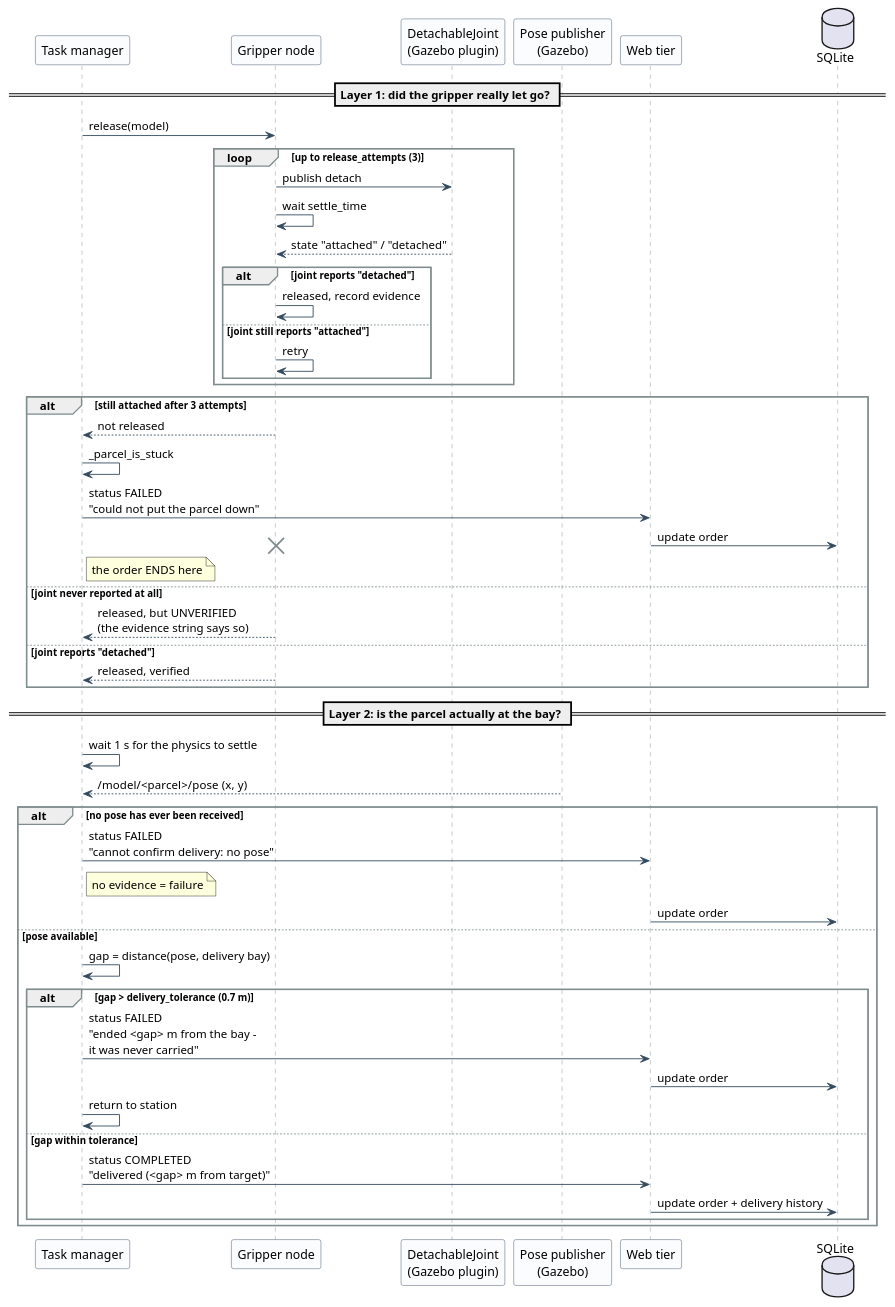
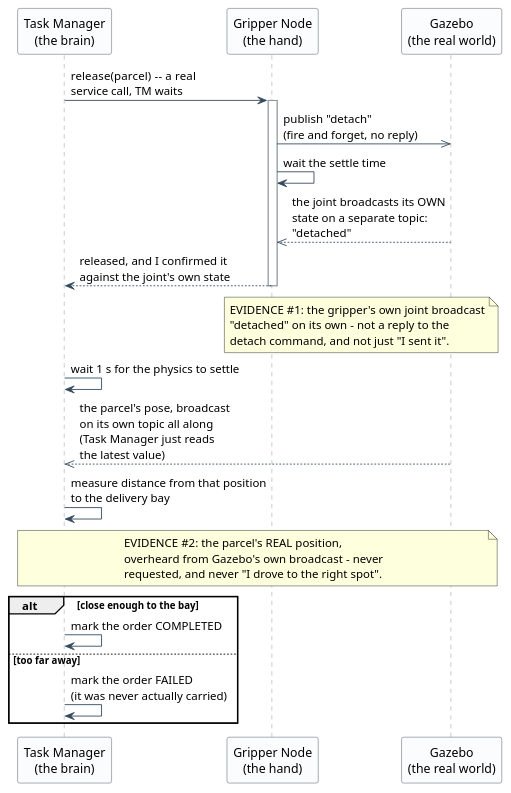
One commit to ArianShafagh/robofetch changed the diagram in report/uml/10-sequence-verification.puml. Above: the diagram before and after it, drawn with PlantUML. The commit also changed other lines of this file and 20 other files, not shown here.

First line of the commit message:
Add simplified UML diagram for order admission process and script to toggle AI service

```diff
--- a/report/uml/10-sequence-verification.puml
+++ b/report/uml/10-sequence-verification.puml
@@ -9,66 +24,44 @@
 @startuml
 skinparam backgroundColor White
 skinparam shadowing false
 skinparam sequence {
   ArrowColor #34495E
   LifeLineBorderColor #7F8C8D
   ParticipantBorderColor #34495E
   ParticipantBackgroundColor #FBFCFE
-  GroupBorderColor #7F8C8D
 }
 
+participant "Task Manager\n(the brain)" as TM
+participant "Gripper Node\n(the hand)" as GR
+participant "Gazebo\n(the real world)" as GZ
 
-participant "Task manager" as TM
-participant "Gripper node" as GR
-participant "DetachableJoint\n(Gazebo plugin)" as JOINT
-participant "Pose publisher\n(Gazebo)" as POSE
-participant "Web tier" as API
-database "SQLite" as DB
+TM -> GR ++ : release(parcel)  -- a real\nservice call, TM waits
+GR ->> GZ : publish "detach"\n(fire and forget, no reply)
+GR -> GR : wait the settle time
+GZ -->> GR : the joint broadcasts its OWN\nstate on a separate topic:\n"detached"
+GR --> TM -- : released, and I confirmed it\nagainst the joint's own state
 
-== Layer 1: did the gripper really let go? ==
-TM -> GR : release(model)
-loop up to release_attempts (3)
-  GR -> JOINT : publish detach
-  GR -> GR : wait settle_time
-  JOINT --> GR : state "attached" / "detached"
-  alt joint reports "detached"
-    GR -> GR : released, record evidence
-  else joint still reports "attached"
-    GR -> GR : retry
-  end
-end
+note over GR, GZ
+  EVIDENCE #1: the gripper's own joint broadcast
+  "detached" on its own - not a reply to the
+  detach command, and not just "I sent it".
+end note
 
-alt still attached after 3 attempts
-  GR --> TM : not released
-  TM -> TM : _parcel_is_stuck
-  TM -> API : status FAILED\n"could not put the parcel down"
-  API -> DB : update order
-  note right of TM : the order ENDS here
-  destroy GR
-else joint never reported at all
-  GR --> TM : released, but UNVERIFIED\n(the evidence string says so)
-else joint reports "detached"
-  GR --> TM : released, verified
-end
+TM -> TM : wait 1 s for the physics to settle
+GZ -->> TM : the parcel's pose, broadcast\non its own topic all along\n(Task Manager just reads\nthe latest value)
 
-== Layer 2: is the parcel actually at the bay? ==
-TM -> TM : wait 1 s for the physics to settle
-POSE --> TM : /model/<parcel>/pose  (x, y)
+TM -> TM : measure distance from that position\nto the delivery bay
 
-alt no pose has ever been received
-  TM -> API : status FAILED\n"cannot confirm delivery: no pose"
-  note right of TM : no evidence = failure
-  API -> DB : update order
-else pose available
-  TM -> TM : gap = distance(pose, delivery bay)
-  alt gap > delivery_tolerance (0.7 m)
-    TM -> API : status FAILED\n"ended <gap> m from the bay -\nit was never carried"
-    API -> DB : update order
-    TM -> TM : return to station
-  else gap within tolerance
-    TM -> API : status COMPLETED\n"delivered (<gap> m from target)"
-    API -> DB : update order + delivery history
-  end
+note over TM, GZ
+  EVIDENCE #2: the parcel's REAL position,
+  overheard from Gazebo's own broadcast - never
+  requested, and never "I drove to the right spot".
+end note
+
+alt close enough to the bay
+  TM -> TM : mark the order COMPLETED
+else too far away
+  TM -> TM : mark the order FAILED\n(it was never actually carried)
 end
 
 @enduml
```
